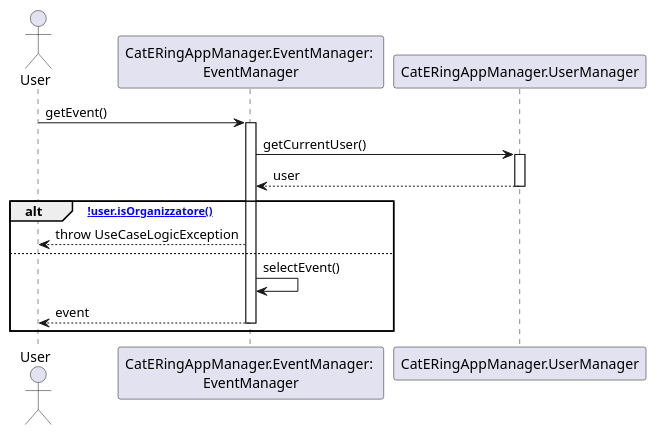
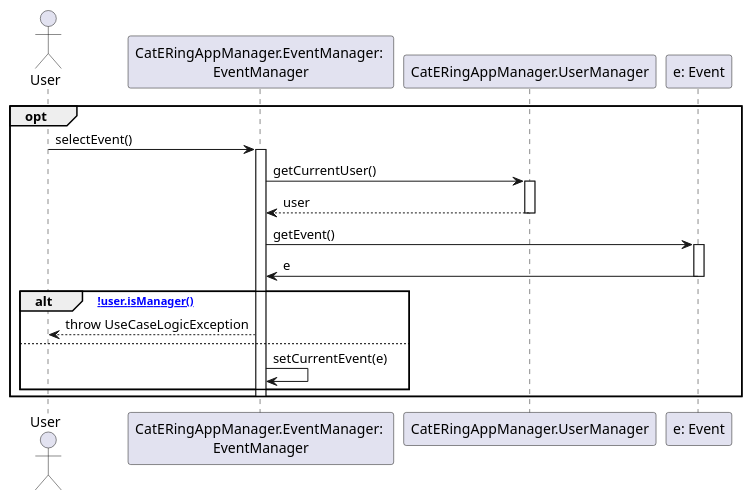
One commit to m0canu1/sas changed the diagram in dsd/dsd-eventi/estensioniEcc/1a-selectEvent.md. Above: the diagram before and after it, drawn with PlantUML. The commit also changed 6 other files, not shown here.

````diff
--- a/dsd/dsd-eventi/estensioniEcc/1a-selectEvent.md
+++ b/dsd/dsd-eventi/estensioniEcc/1a-selectEvent.md
@@ -1,22 +1,28 @@
 ```plantuml
 Actor  User
 Participant "CatERingAppManager.EventManager: \nEventManager"  as EM
 Participant "CatERingAppManager.UserManager" as UM
 
-User -> EM: getEvent()
-Activate EM
+opt
+	User -> EM: selectEvent()
+	Activate EM
 
-EM -> UM: getCurrentUser()
-Activate UM
-    
-UM --> EM: user
-Deactivate UM
+	EM -> UM: getCurrentUser()
+	Activate UM
+	    
+	UM --> EM: user
+	Deactivate UM
 
-alt [!user.isOrganizzatore()]
-    EM --> User: throw UseCaseLogicException
-else
-    EM -> EM: selectEvent()
-    EM --> User: event
-    Deactivate EM
+	EM -> "e: Event": getEvent()
+	Activate "e: Event"
+	"e: Event" -> EM: e
+	Deactivate "e: Event"
+
+	alt [!user.isManager()]
+	    EM --> User: throw UseCaseLogicException
+	else
+	    EM -> EM: setCurrentEvent(e)
+	end
+	Deactivate EM
 end
 ```
````
